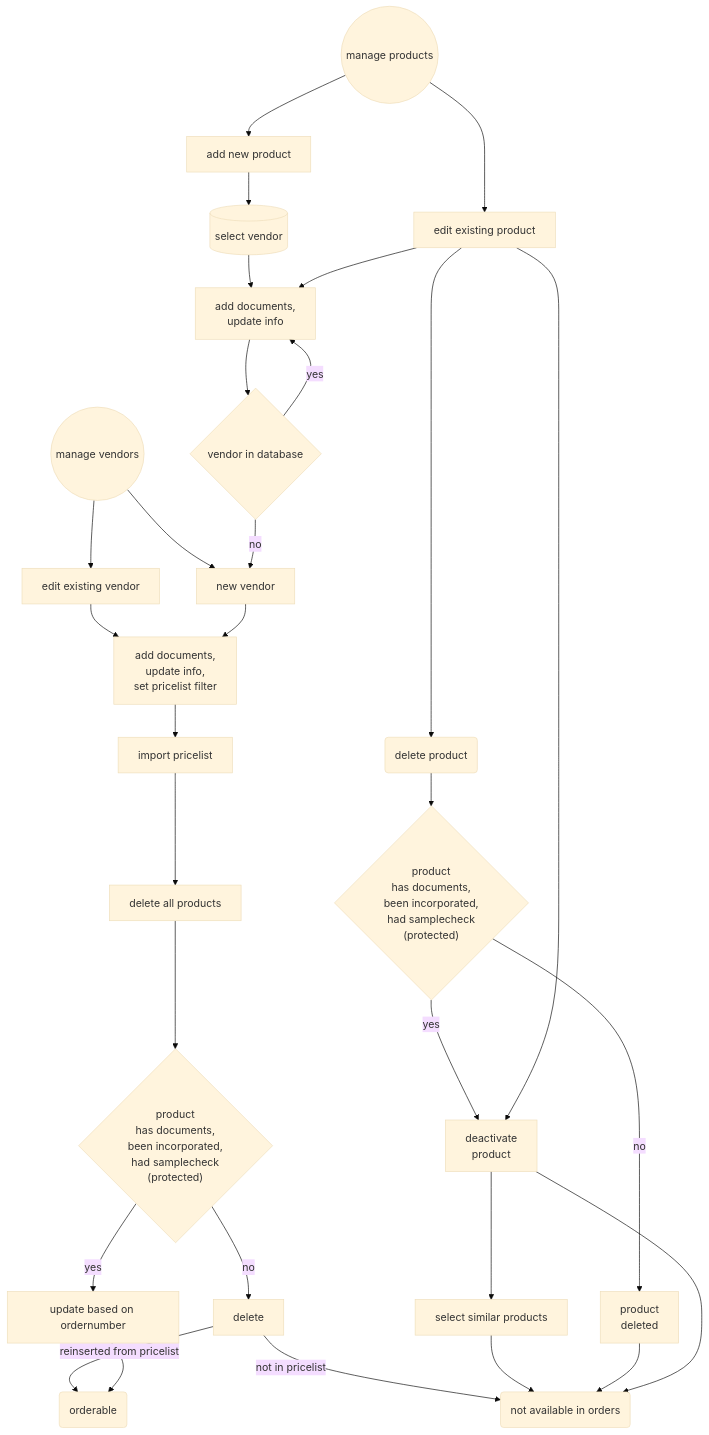
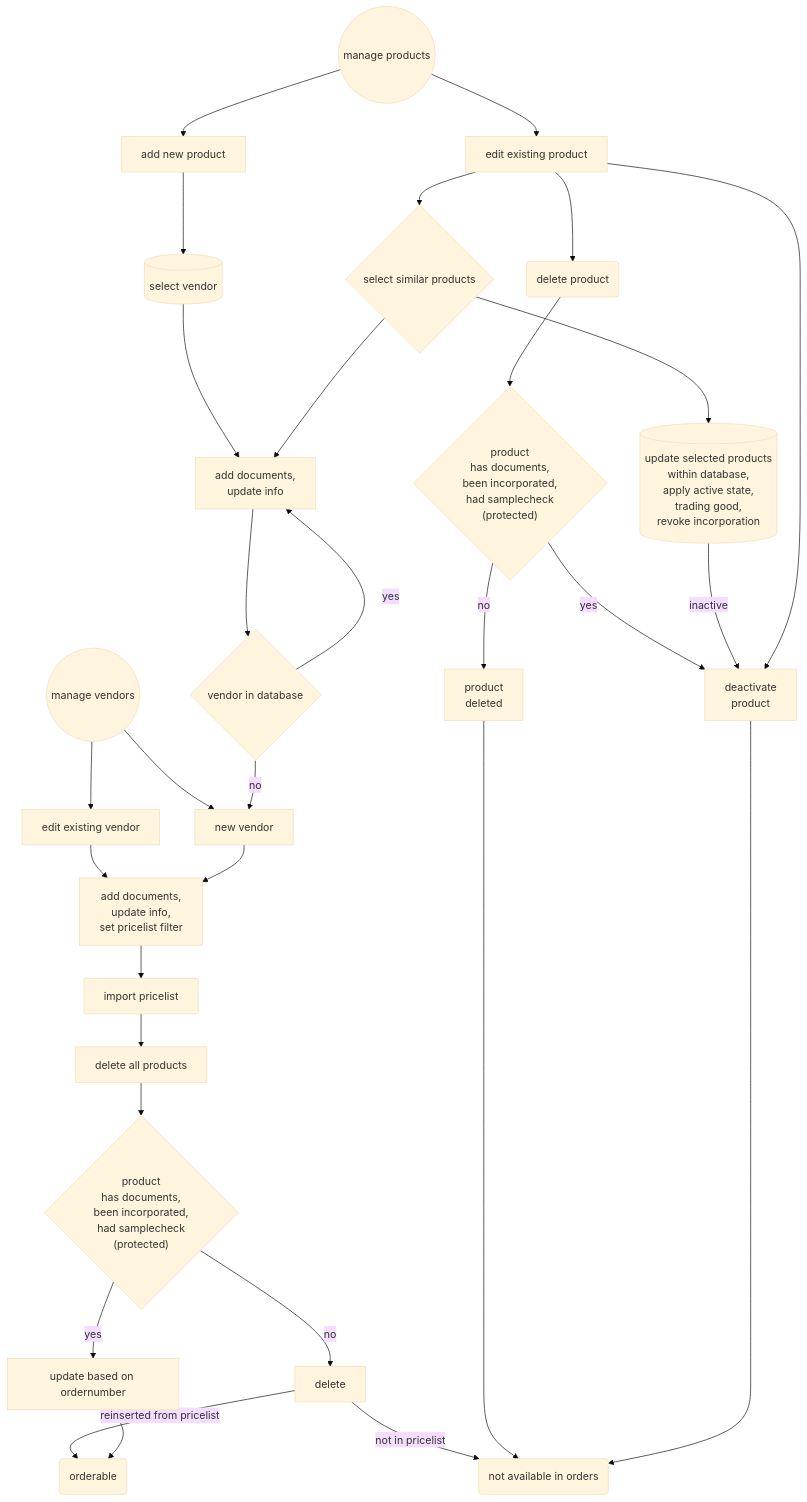
Before and after one commit to erroronline1/caro: the sixth of 7 diagrams in readme.md, drawn with Mermaid (base theme). The commit also changed 3 other files, not shown here.

Commit message:
batch update for incorporation revoking and trading goods as well

````diff
--- a/readme.md
+++ b/readme.md
@@ -525,48 +525,53 @@
 ```mermaid
 graph TD;
     manage_vendors((manage vendors))-->edit_vendor[edit existing vendor];
     manage_vendors-->new_vendor[new vendor];
     edit_vendor-->add_vinfo["add documents,
     update info,
     set pricelist filter"];
     new_vendor-->add_vinfo;
     add_vinfo-->import_pricelist[import pricelist];
     import_pricelist-->delete_all_products[delete all products];
     delete_all_products-->has_docs2{"product
     has documents,
     been incorporated,
     had samplecheck
     (protected)"};
     has_docs2-->|yes|update[update based on ordernumber];
     has_docs2-->|no|delete[delete];
     delete-->|reinserted from pricelist|orderable(orderable);
     delete-->|not in pricelist|inorderable(not available in orders)
     update-->orderable;
 
     manage_products((manage products))-->edit_product[edit existing product];
     manage_products-->add_product[add new product];
     add_product-->select_vendor[(select vendor)];
     select_vendor-->add_pinfo["Add documents,
     update info"];
     add_pinfo-->known_vendor;
 
-    edit_product-->add_pinfo["add documents,
+    edit_product-->similar{select similar products};
+    similar-->add_pinfo["add documents,
     update info"];
+    similar-->database[("update selected products
+    within database,
+    apply active state,
+    trading good,
+    revoke incorporation")];
     known_vendor{vendor in database}-->|yes|add_pinfo;
     known_vendor-->|no|new_vendor
     edit_product-->delete_product(delete product);
     delete_product-->has_docs{"product
     has documents,
     been incorporated,
     had samplecheck
     (protected)"};
     has_docs-->|no|product_deleted["product
     deleted"];
     has_docs-->|yes|product_inactive["deactivate
-    product"]
-    product_inactive-->similar[select similar products];
-    similar-->inorderable;
+    product"];
+    database-->|inactive|product_inactive
     product_deleted-->inorderable;
     product_inactive-->inorderable;
     edit_product-->product_inactive;
 ```
````
